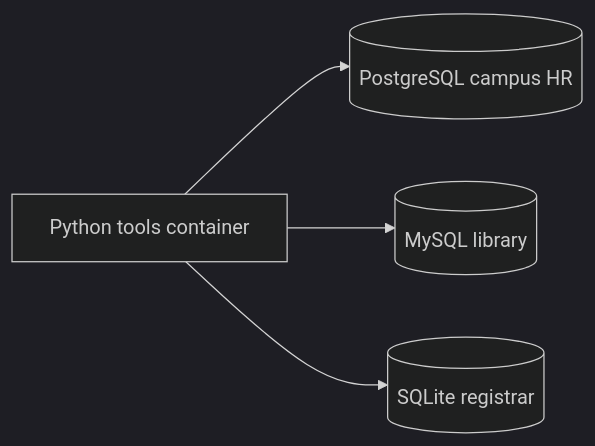
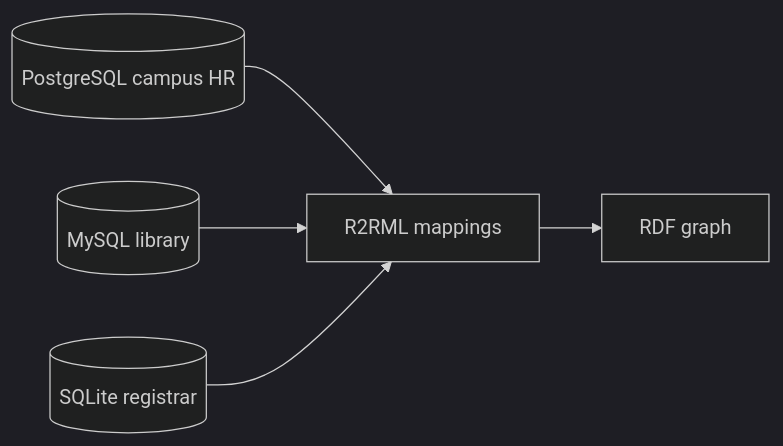
One commit to sadnanalmanir/Rel2KG changed the diagram in README.md. Above: the diagram before and after it, drawn with Mermaid (dark theme). The commit also changed other lines of this file and 21 other files, not shown here.

First line of the commit message:
Add R2RML mappings and Morph-KGC materialization

````diff
--- a/README.md
+++ b/README.md
@@ -43,10 +43,12 @@
 ```mermaid
 flowchart LR
   PG[(PostgreSQL campus HR)]
   MY[(MySQL library)]
   SL[(SQLite registrar)]
-  PY[Python tools container]
-  PY --> PG
-  PY --> MY
-  PY --> SL
+  MAP[R2RML mappings]
+  KG[RDF graph]
+  PG --> MAP
+  MY --> MAP
+  SL --> MAP
+  MAP --> KG
 ```
````
